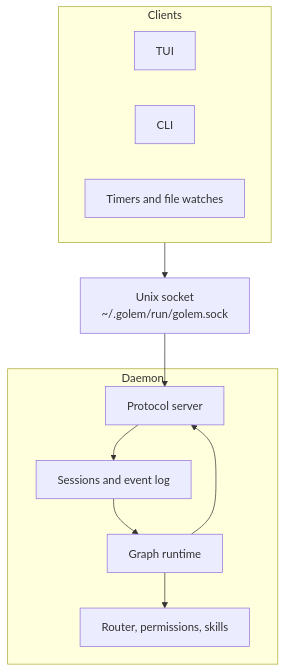
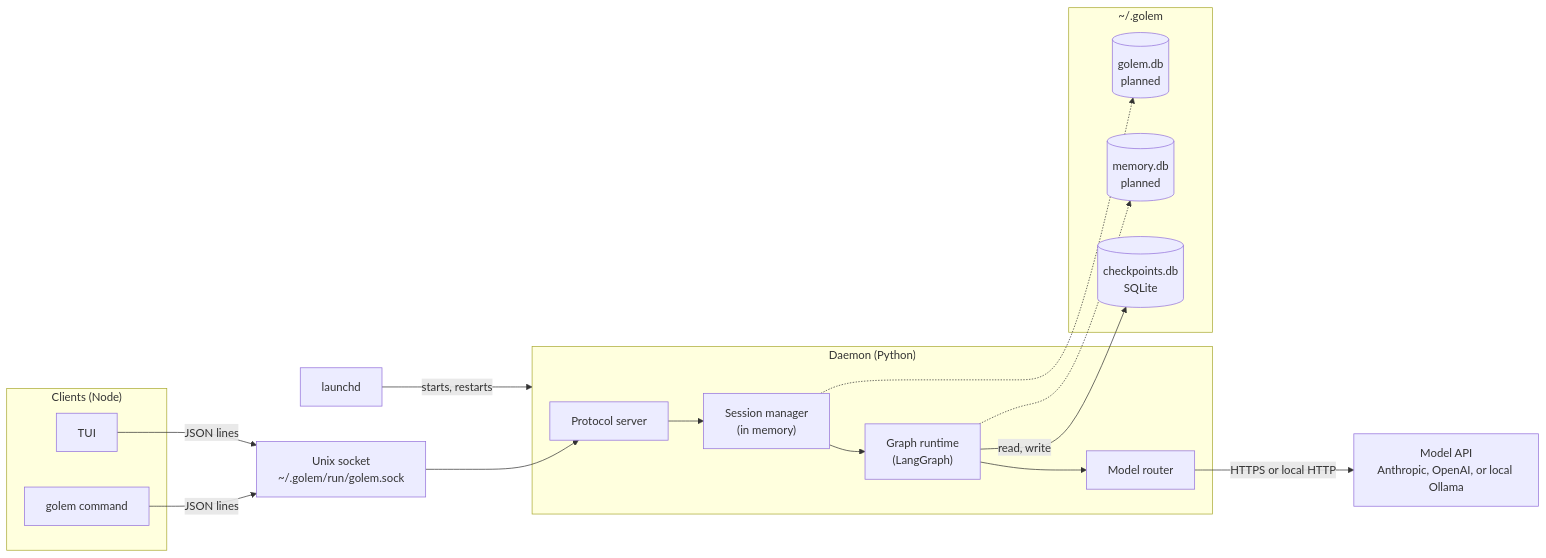
The first of 3 diagrams in docs/architecture.md (MilanPavel/golem), drawn with Mermaid before and after one commit. The commit also changed other lines of this file and 1 other file, not shown here.

Commit message:
Update architecture docs.

````diff
--- a/docs/architecture.md
+++ b/docs/architecture.md
@@ -17,20 +33,32 @@
 ```mermaid
-flowchart TB
-  subgraph clients ["Clients"]
+flowchart LR
+  launchd["launchd"]
+  subgraph clientProcs ["Clients (Node)"]
     tui["TUI"]
-    cli["CLI"]
-    triggers["Timers and file watches"]
+    cli["golem command"]
   end
   sock["Unix socket<br>~/.golem/run/golem.sock"]
-  subgraph daemon ["Daemon"]
-    proto["Protocol server"]
-    sessions["Sessions and event log"]
-    runtime["Graph runtime"]
-    around["Router, permissions, skills"]
+  subgraph daemonProc ["Daemon (Python)"]
+    server["Protocol server"]
+    sessions["Session manager<br>(in memory)"]
+    runtime["Graph runtime<br>(LangGraph)"]
+    router["Model router"]
   end
-  clients --> sock --> proto
-  proto --> sessions
+  subgraph disk ["~/.golem"]
+    ckpt[("checkpoints.db<br>SQLite")]
+    golemdb[("golem.db<br>planned")]
+    memdb[("memory.db<br>planned")]
+  end
+  model["Model API<br>Anthropic, OpenAI, or local Ollama"]
+  launchd -->|"starts, restarts"| daemonProc
+  tui -->|"JSON lines"| sock
+  cli -->|"JSON lines"| sock
+  sock --> server
+  server --> sessions
   sessions --> runtime
-  runtime --> around
-  runtime --> proto
+  runtime --> router
+  runtime -->|"read, write"| ckpt
+  router -->|"HTTPS or local HTTP"| model
+  sessions -.-> golemdb
+  runtime -.-> memdb
 ```
````
